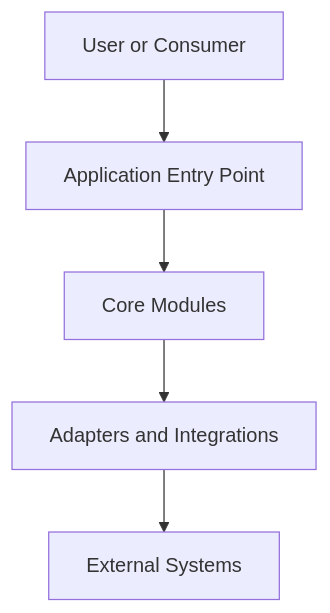
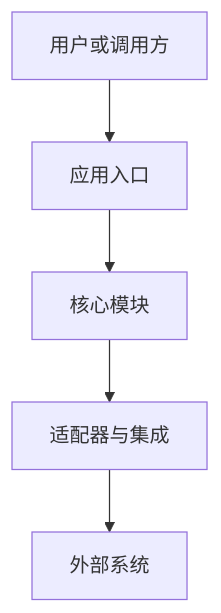
The diagram in skills/repository-documentation/assets/diagrams/examples/architecture.mmd (Happyileaf/ai-toolkit), drawn with Mermaid before and after one commit. The commit also changed 18 other files, not shown here.

```diff
--- a/skills/repository-documentation/assets/diagrams/examples/architecture.mmd
+++ b/skills/repository-documentation/assets/diagrams/examples/architecture.mmd
@@ -1,5 +1,5 @@
 flowchart TD
-    User[User or Consumer] --> Entry[Application Entry Point]
-    Entry --> Core[Core Modules]
-    Core --> Adapter[Adapters and Integrations]
-    Adapter --> External[External Systems]
+    User[用户或调用方] --> Entry[应用入口]
+    Entry --> Core[核心模块]
+    Core --> Adapter[适配器与集成]
+    Adapter --> External[外部系统]
```
